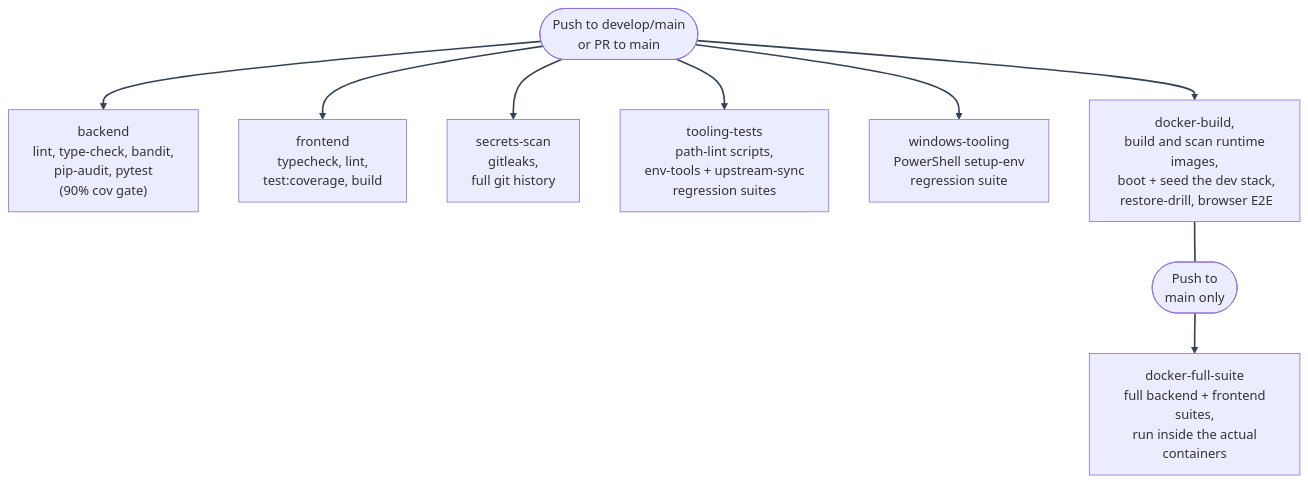
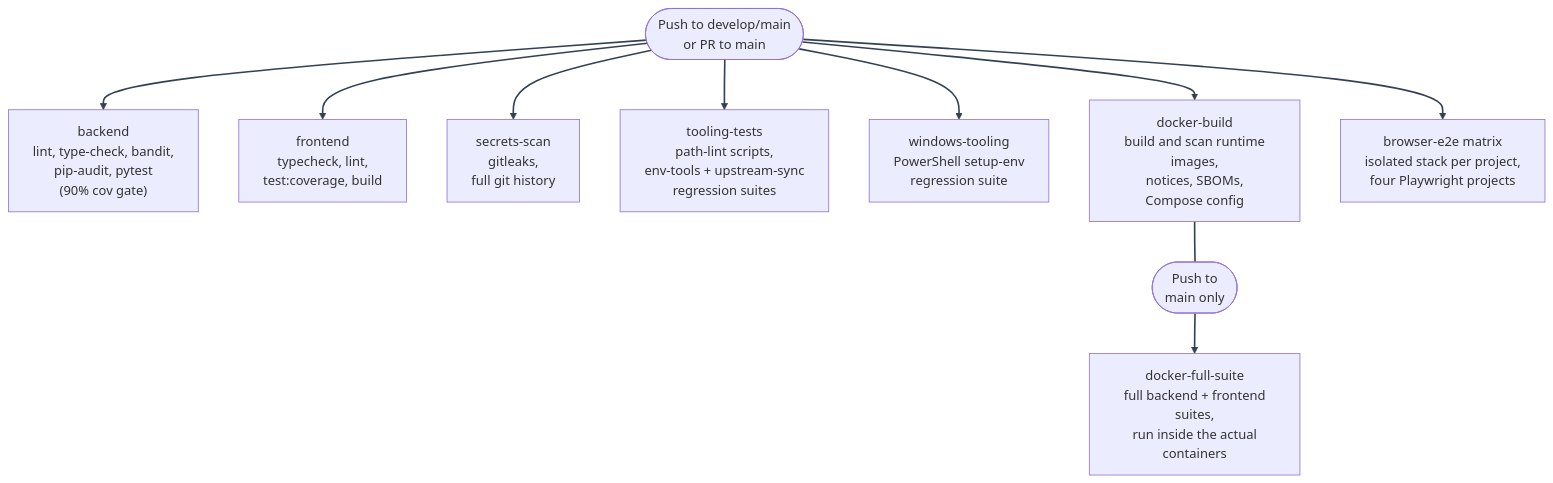
One commit to Nachiket-2024/mystic-auth changed the diagram in docs/mystic_auth/cicd/overview.md. Above: the diagram before and after it, drawn with Mermaid. The commit also changed other lines of this file and 94 other files, not shown here.

````diff
--- a/docs/mystic_auth/cicd/overview.md
+++ b/docs/mystic_auth/cicd/overview.md
@@ -32,15 +33,16 @@
 ```mermaid
 %%{init: {"themeVariables": {"lineColor": "#334155"}} }%%
 flowchart TD
     Trigger(["Push to develop/main\n or PR to main"])
     TriggerMain(["Push to\n main only"])
     Trigger --> Backend["backend\n lint, type-check, bandit,\n pip-audit, pytest\n (90% cov gate)"]
     Trigger --> Frontend["frontend\n typecheck, lint,\n test:coverage, build"]
     Trigger --> Secrets["secrets-scan\n gitleaks,\n full git history"]
     Trigger --> Tooling["tooling-tests\n path-lint scripts,\n env-tools + upstream-sync\n regression suites"]
     Trigger --> Windows["windows-tooling\n PowerShell setup-env\n regression suite"]
-    Trigger --> DockerBuild["docker-build,\n build and scan runtime images,\n boot + seed the dev stack,\n restore-drill, browser E2E"]
+    Trigger --> DockerBuild["docker-build\n build and scan runtime images,\n notices, SBOMs, Compose config"]
+    Trigger --> BrowserE2E["browser-e2e matrix\n isolated stack per project,\n four Playwright projects"]
     DockerBuild ~~~ TriggerMain
     TriggerMain --> DockerFullSuite["docker-full-suite\n full backend + frontend suites,\n run inside the actual containers"]
     linkStyle default stroke:#334155,stroke-width:2px
 ```
````
